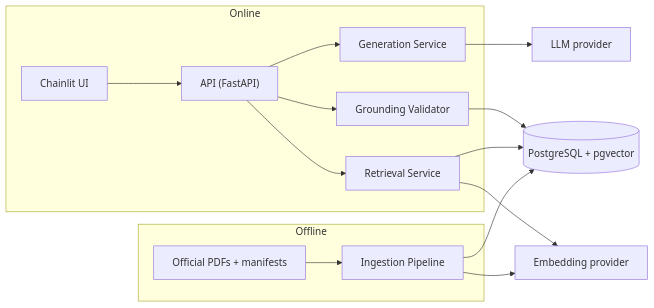
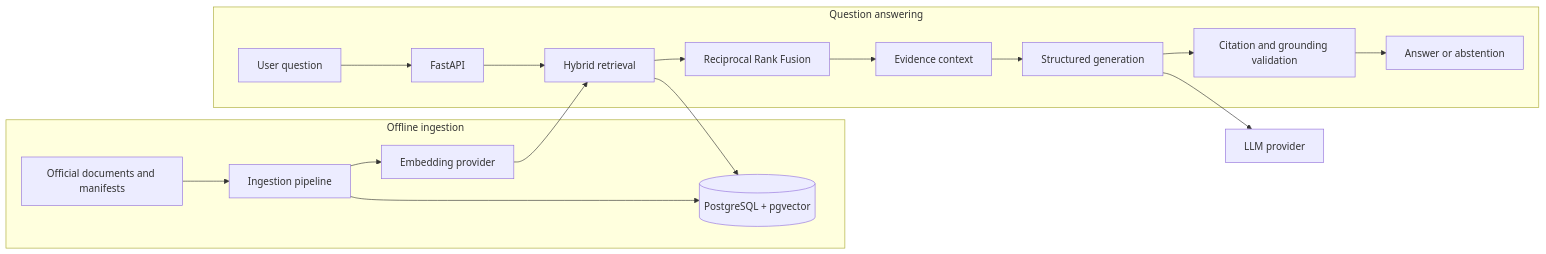
One commit to adrinjoseph/Advanced-RAG changed the first of 3 diagrams in README.md. Above: the diagram before and after it, drawn with Mermaid. The commit also changed other lines of this file, not shown here.

````diff
--- a/README.md
+++ b/README.md
@@ -39,18 +39,22 @@
 ```mermaid
 flowchart LR
-  subgraph OFF["Offline"]
-    SRC["Official PDFs + manifests"] --> ING["Ingestion Pipeline"]
-  end
-  subgraph ON["Online"]
-    UI["Chainlit UI"] --> API["API (FastAPI)"]
-    API --> RET["Retrieval Service"]
-    API --> GEN["Generation Service"]
-    API --> VAL["Grounding Validator"]
-  end
-  ING --> DB[("PostgreSQL + pgvector")]
-  RET --> DB
-  VAL --> DB
-  GEN --> LLM["LLM provider"]
-  ING --> EMB["Embedding provider"]
-  RET --> EMB
+    subgraph Offline["Offline ingestion"]
+        SRC["Official documents and manifests"] --> ING["Ingestion pipeline"]
+        ING --> EMB["Embedding provider"]
+        ING --> DB[("PostgreSQL + pgvector")]
+    end
+
+    subgraph Online["Question answering"]
+        Q["User question"] --> API["FastAPI"]
+        API --> RET["Hybrid retrieval"]
+        RET --> DB
+        RET --> FUSION["Reciprocal Rank Fusion"]
+        FUSION --> CTX["Evidence context"]
+        CTX --> GEN["Structured generation"]
+        GEN --> VAL["Citation and grounding validation"]
+        VAL --> OUT["Answer or abstention"]
+    end
+
+    EMB --> RET
+    GEN --> LLM["LLM provider"]
 ```
````
